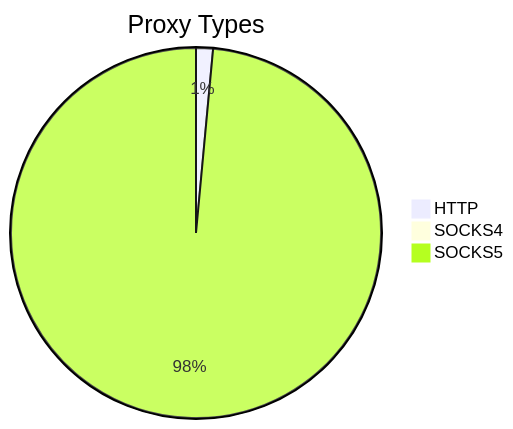
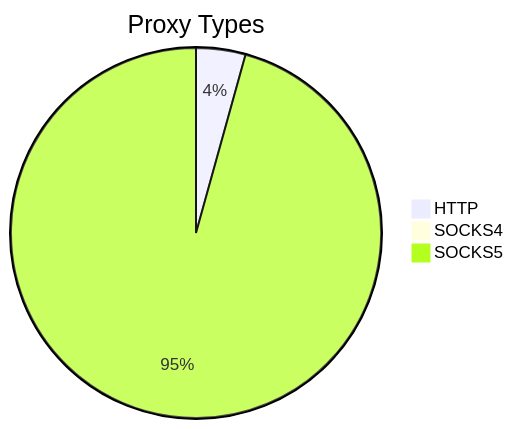
One commit to stormsia/proxy-list changed the first of 2 diagrams in README.md. Above: the diagram before and after it, drawn with Mermaid. The commit also changed other lines of this file, not shown here.

````diff
--- a/README.md
+++ b/README.md
@@ -21,6 +21,6 @@
 ```mermaid
 pie title Proxy Types
-    "HTTP" : 110
-    "SOCKS4" : 35
-    "SOCKS5" : 7352
+    "HTTP" : 194
+    "SOCKS4" : 42
+    "SOCKS5" : 4304
 ```
````
